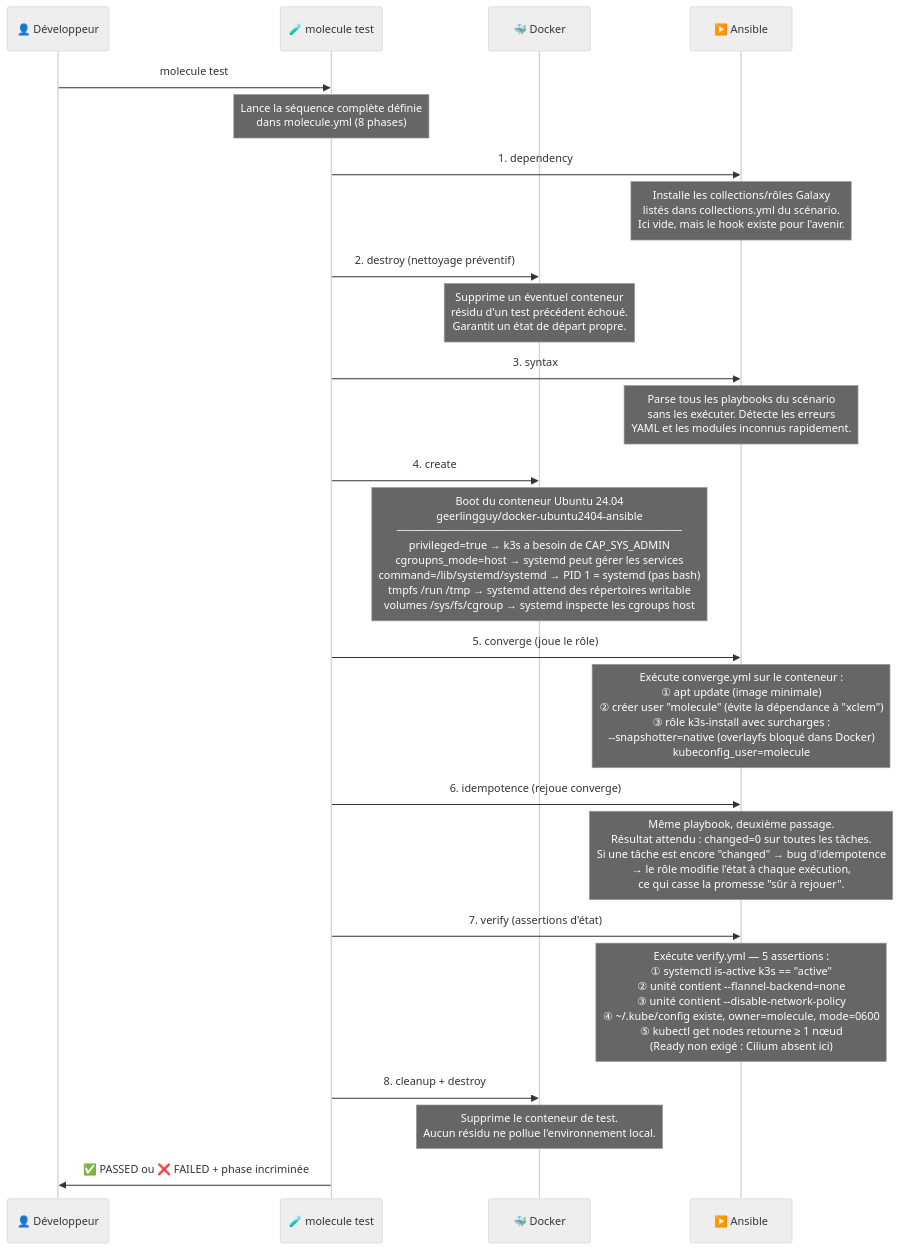
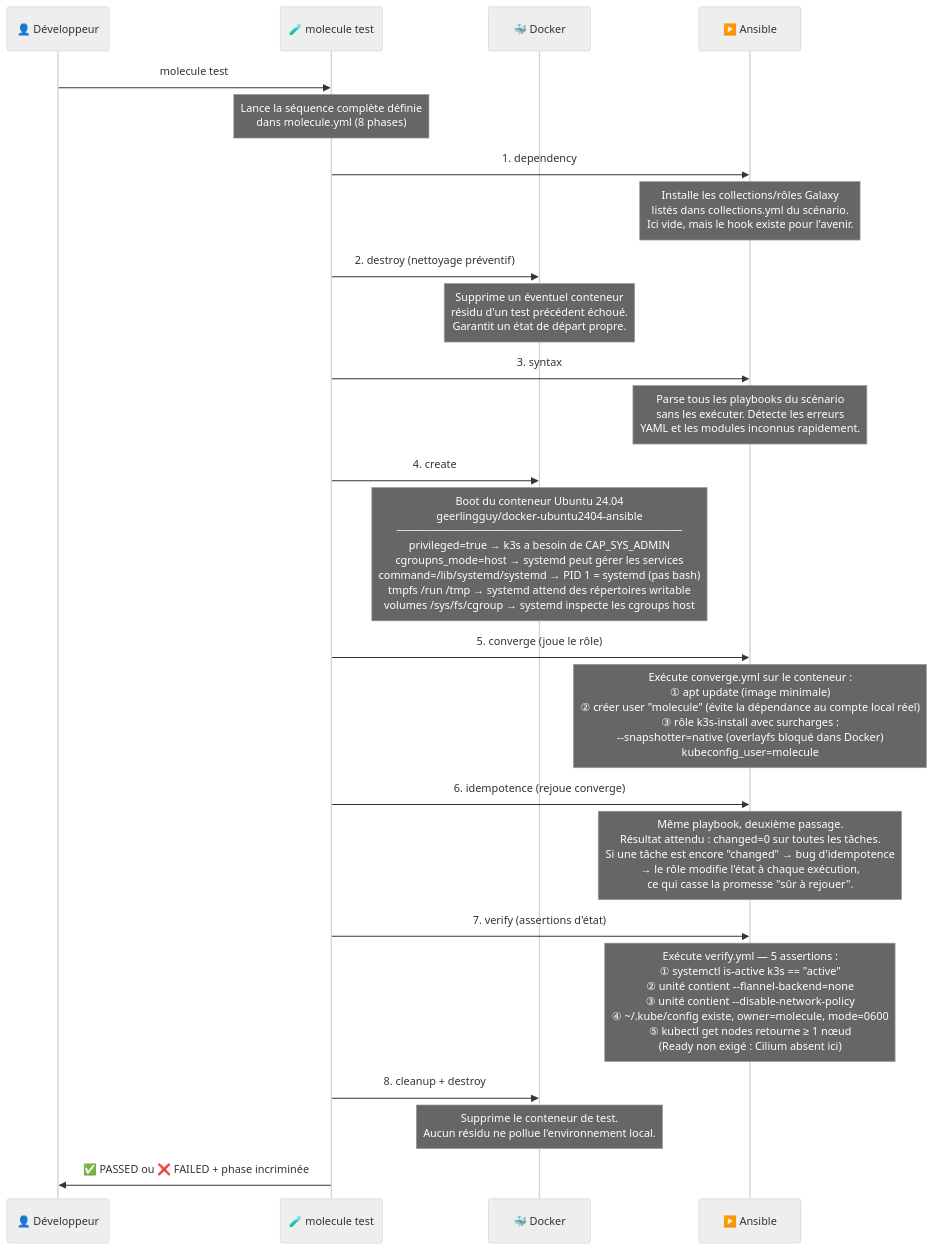
The third of 4 diagrams in docs/ansible-structure.md (ClementV78/shop-demo), drawn with Mermaid (neutral theme) before and after one commit. The commit also changed other lines of this file and 15 other files, not shown here.

Commit message:
docs: reorganize architecture and close Sprint 0 tasks

````diff
--- a/docs/ansible-structure.md
+++ b/docs/ansible-structure.md
@@ -336,36 +336,36 @@
 ```mermaid
 sequenceDiagram
     participant DEV as 👤 Développeur
     participant MOL as 🧪 molecule test
     participant DOCKER as 🐳 Docker
     participant ANSIBLE as ▶️ Ansible
 
     DEV->>MOL: molecule test
     Note over MOL: Lance la séquence complète définie<br/>dans molecule.yml (8 phases)
 
     MOL->>ANSIBLE: 1. dependency
     Note over ANSIBLE: Installe les collections/rôles Galaxy<br/>listés dans collections.yml du scénario.<br/>Ici vide, mais le hook existe pour l'avenir.
 
     MOL->>DOCKER: 2. destroy (nettoyage préventif)
     Note over DOCKER: Supprime un éventuel conteneur<br/>résidu d'un test précédent échoué.<br/>Garantit un état de départ propre.
 
     MOL->>ANSIBLE: 3. syntax
     Note over ANSIBLE: Parse tous les playbooks du scénario<br/>sans les exécuter. Détecte les erreurs<br/>YAML et les modules inconnus rapidement.
 
     MOL->>DOCKER: 4. create
     Note over DOCKER: Boot du conteneur Ubuntu 24.04<br/>geerlingguy/docker-ubuntu2404-ansible<br/>─────────────────────────────────────<br/>privileged=true        → k3s a besoin de CAP_SYS_ADMIN<br/>cgroupns_mode=host     → systemd peut gérer les services<br/>command=/lib/systemd/systemd → PID 1 = systemd (pas bash)<br/>tmpfs /run /tmp        → systemd attend des répertoires writable<br/>volumes /sys/fs/cgroup → systemd inspecte les cgroups host
 
     MOL->>ANSIBLE: 5. converge (joue le rôle)
-    Note over ANSIBLE: Exécute converge.yml sur le conteneur :<br/>① apt update (image minimale)<br/>② créer user "molecule" (évite la dépendance à "xclem")<br/>③ rôle k3s-install avec surcharges :<br/>   --snapshotter=native  (overlayfs bloqué dans Docker)<br/>   kubeconfig_user=molecule
+    Note over ANSIBLE: Exécute converge.yml sur le conteneur :<br/>① apt update (image minimale)<br/>② créer user "molecule" (évite la dépendance au compte local réel)<br/>③ rôle k3s-install avec surcharges :<br/>   --snapshotter=native  (overlayfs bloqué dans Docker)<br/>   kubeconfig_user=molecule
 
     MOL->>ANSIBLE: 6. idempotence (rejoue converge)
     Note over ANSIBLE: Même playbook, deuxième passage.<br/>Résultat attendu : changed=0 sur toutes les tâches.<br/>Si une tâche est encore "changed" → bug d'idempotence<br/>→ le rôle modifie l'état à chaque exécution,<br/>  ce qui casse la promesse "sûr à rejouer".
 
     MOL->>ANSIBLE: 7. verify (assertions d'état)
     Note over ANSIBLE: Exécute verify.yml — 5 assertions :<br/>① systemctl is-active k3s == "active"<br/>② unité contient --flannel-backend=none<br/>③ unité contient --disable-network-policy<br/>④ ~/.kube/config existe, owner=molecule, mode=0600<br/>⑤ kubectl get nodes retourne ≥ 1 nœud<br/>(Ready non exigé : Cilium absent ici)
 
     MOL->>DOCKER: 8. cleanup + destroy
     Note over DOCKER: Supprime le conteneur de test.<br/>Aucun résidu ne pollue l'environnement local.
 
     MOL->>DEV: ✅ PASSED ou ❌ FAILED + phase incriminée
 ```
````
